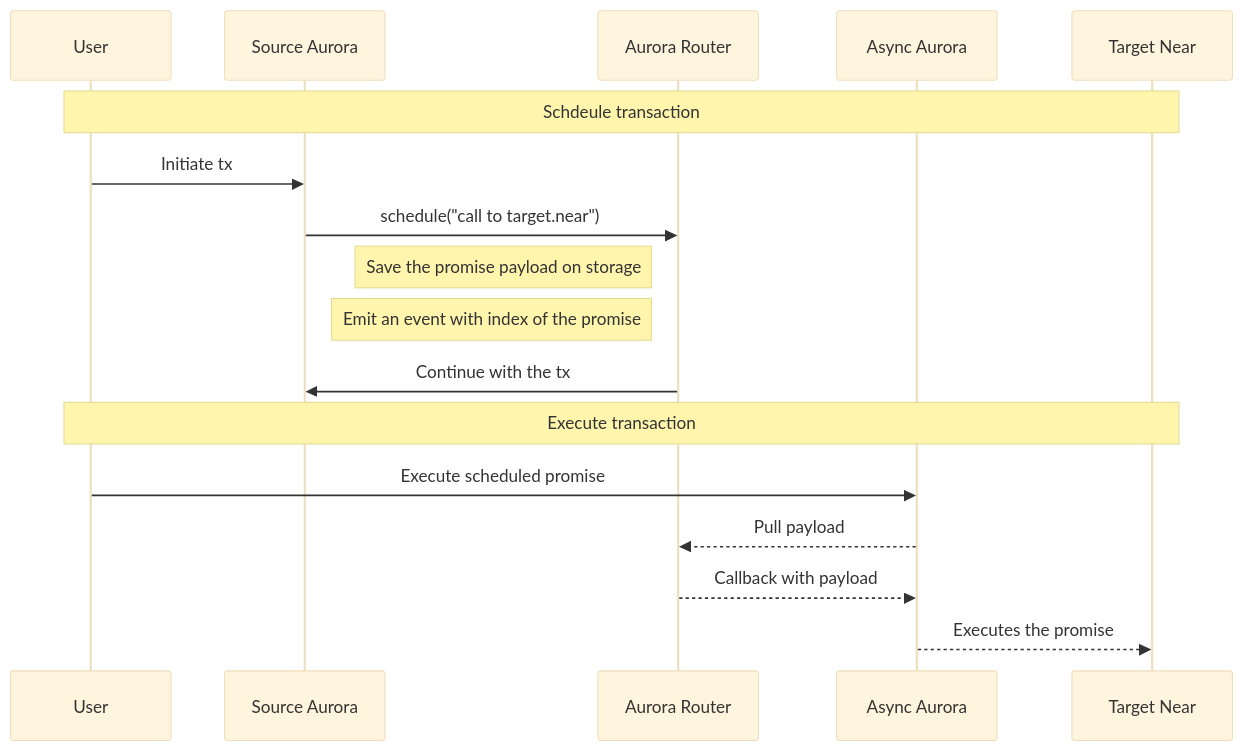
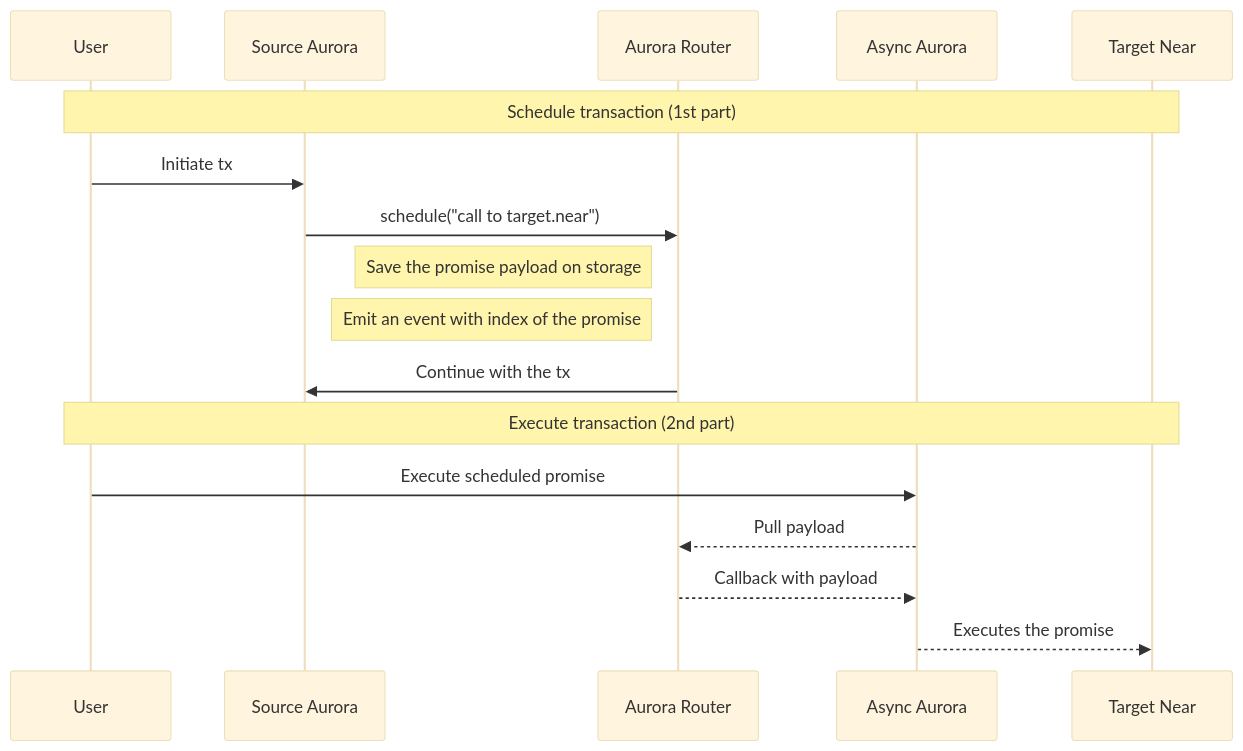
Before and after one commit to aurora-is-near/AIPs: the diagram in assets/aip-cross_contract_calls/two_tx.mermaid, drawn with Mermaid (base theme). The commit also changed 1 other file, not shown here.

Commit message:
Fix typo on diagram

```diff
--- a/assets/aip-cross_contract_calls/two_tx.mermaid
+++ b/assets/aip-cross_contract_calls/two_tx.mermaid
@@ -1,20 +1,20 @@
 sequenceDiagram
     participant User
     participant Source Aurora
     participant Aurora Router
     participant Async Aurora
     participant Target Near
-    Note over User,Target Near: Schdeule transaction
+    Note over User,Target Near: Schedule transaction (1st part)
     User ->> Source Aurora: Initiate tx
     Source Aurora ->> Aurora Router: schedule("call to target.near")
     Note left of Aurora Router: Save the promise payload on storage
     Note left of Aurora Router: Emit an event with index of the promise
     Aurora Router ->> Source Aurora: Continue with the tx
 
-    Note over User,Target Near: Execute transaction
+    Note over User,Target Near: Execute transaction (2nd part)
 
     User ->> Async Aurora: Execute scheduled promise
     Async Aurora -->> Aurora Router: Pull payload
     Aurora Router -->> Async Aurora: Callback with payload
 
     Async Aurora -->> Target Near: Executes the promise
```
